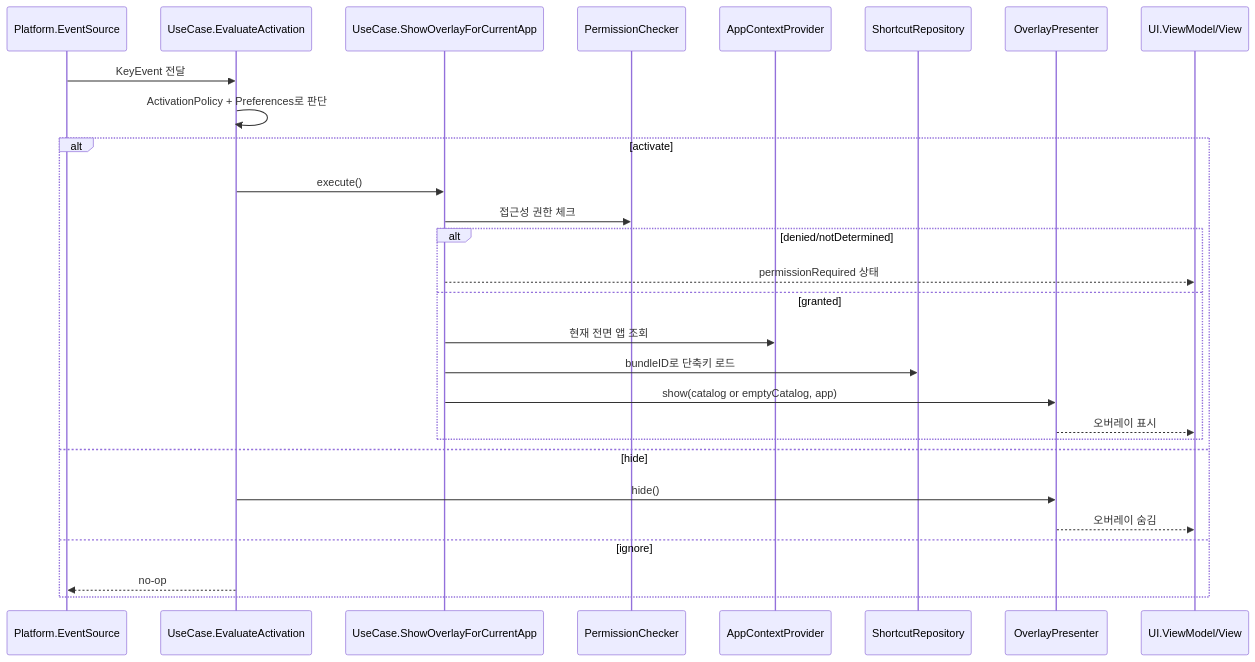
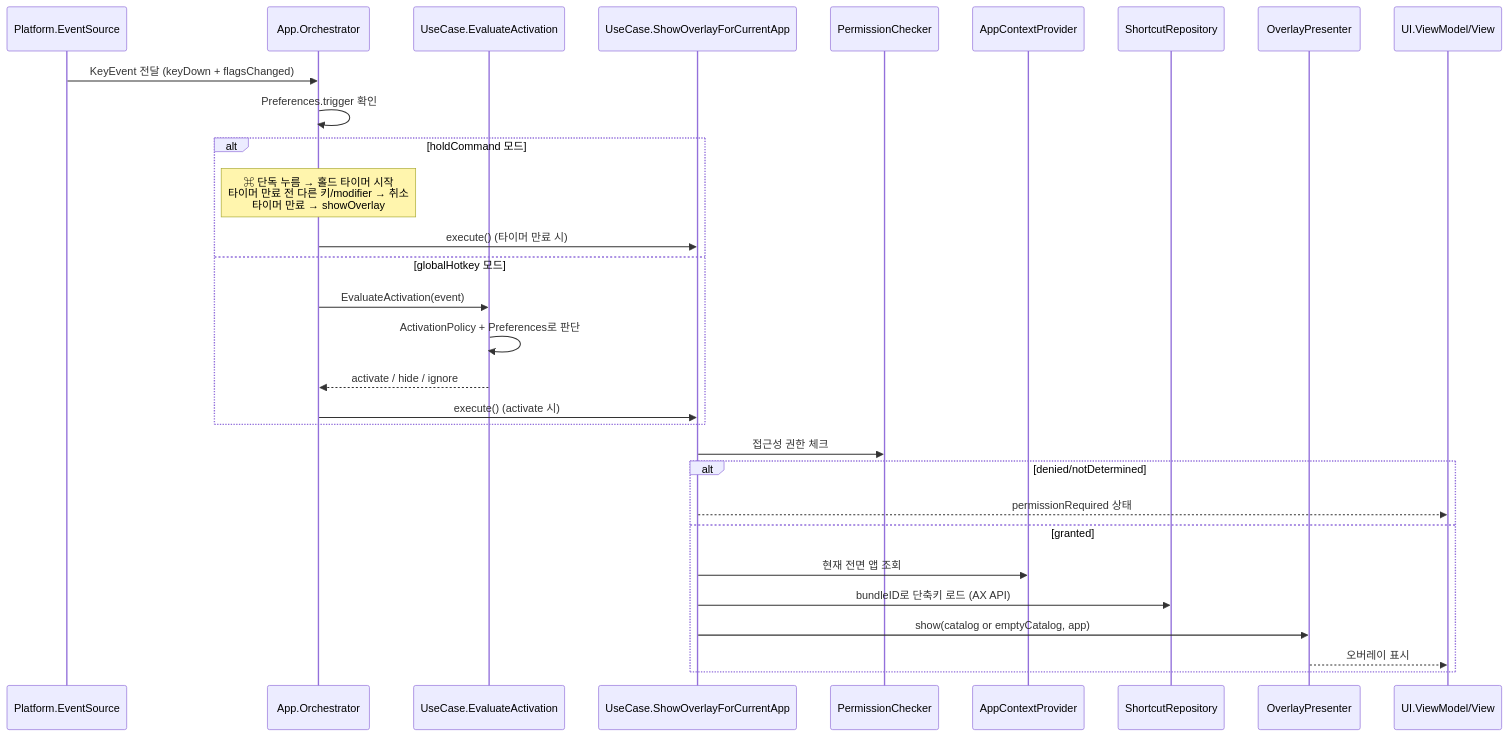
The second of 4 diagrams in AGENTS.md (hahahoho-labs/KeydeukKeydeuk), drawn with Mermaid before and after one commit. The commit also changed other lines of this file and 1 other file, not shown here.

First line of the commit message:
docs: update AGENTS.md for hold trigger and settings redesign, add CLAUDE.md symlink

````diff
--- a/AGENTS.md
+++ b/AGENTS.md
@@ -92,32 +93,35 @@
 ```mermaid
 sequenceDiagram
   participant ES as Platform.EventSource
+  participant AO as App.Orchestrator
   participant EA as UseCase.EvaluateActivation
   participant SS as UseCase.ShowOverlayForCurrentApp
   participant PC as PermissionChecker
   participant AC as AppContextProvider
   participant SR as ShortcutRepository
   participant OP as OverlayPresenter
   participant UI as UI.ViewModel/View
 
-  ES->>EA: KeyEvent 전달
-  EA->>EA: ActivationPolicy + Preferences로 판단
+  ES->>AO: KeyEvent 전달 (keyDown + flagsChanged)
+  AO->>AO: Preferences.trigger 확인
 
-  alt activate
-    EA->>SS: execute()
-    SS->>PC: 접근성 권한 체크
-    alt denied/notDetermined
-      SS-->>UI: permissionRequired 상태
-    else granted
-      SS->>AC: 현재 전면 앱 조회
-      SS->>SR: bundleID로 단축키 로드
-      SS->>OP: show(catalog or emptyCatalog, app)
-      OP-->>UI: 오버레이 표시
-    end
-  else hide
-    EA->>OP: hide()
-    OP-->>UI: 오버레이 숨김
-  else ignore
-    EA-->>ES: no-op
+  alt holdCommand 모드
+    Note over AO: ⌘ 단독 누름 → 홀드 타이머 시작<br/>타이머 만료 전 다른 키/modifier → 취소<br/>타이머 만료 → showOverlay
+    AO->>SS: execute() (타이머 만료 시)
+  else globalHotkey 모드
+    AO->>EA: EvaluateActivation(event)
+    EA->>EA: ActivationPolicy + Preferences로 판단
+    EA-->>AO: activate / hide / ignore
+    AO->>SS: execute() (activate 시)
+  end
+
+  SS->>PC: 접근성 권한 체크
+  alt denied/notDetermined
+    SS-->>UI: permissionRequired 상태
+  else granted
+    SS->>AC: 현재 전면 앱 조회
+    SS->>SR: bundleID로 단축키 로드 (AX API)
+    SS->>OP: show(catalog or emptyCatalog, app)
+    OP-->>UI: 오버레이 표시
   end
 ```
````
